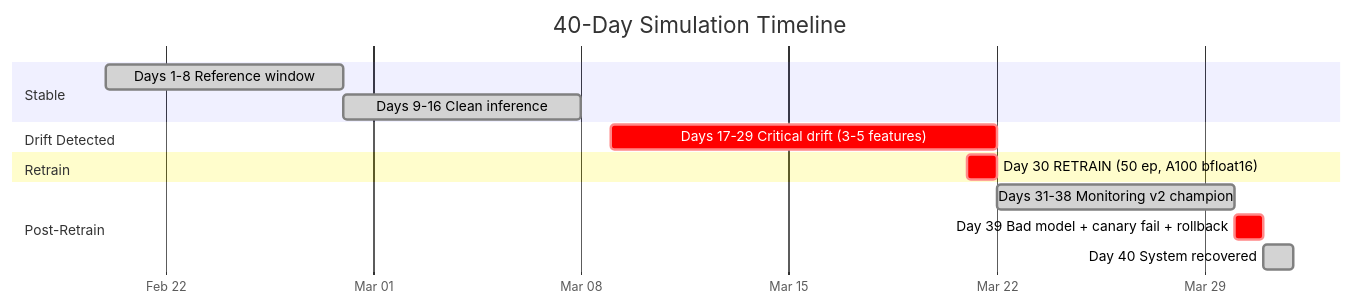
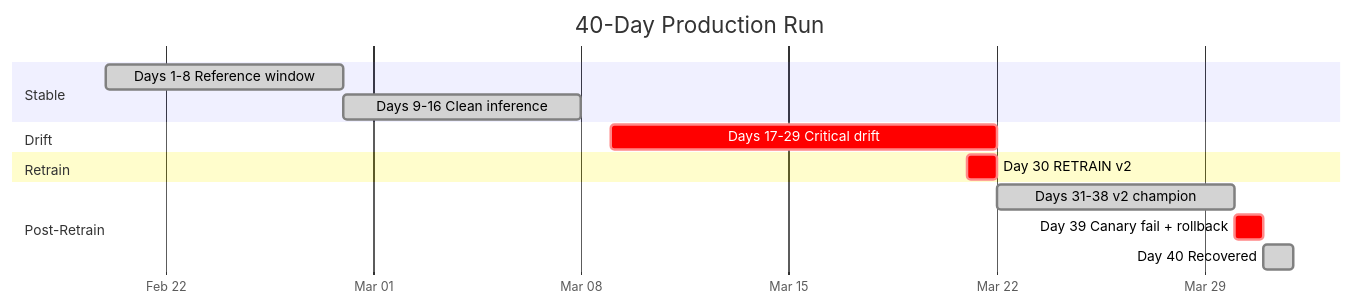
One commit to AIML-Engineering-Lab/053_dram_memory_yield_mlops changed the first of 3 diagrams in README.md. Above: the diagram before and after it, drawn with Mermaid. The commit also changed other lines of this file and 110 other files, not shown here.

````diff
--- a/README.md
+++ b/README.md
@@ -58,21 +111,21 @@
 ```mermaid
 gantt
-    title 40-Day Simulation Timeline
+    title 40-Day Production Run
     dateFormat  YYYY-MM-DD
     axisFormat  %b %d
 
     section Stable
     Days 1-8  Reference window       :done, 2026-02-20, 8d
     Days 9-16 Clean inference         :done, 2026-02-28, 8d
 
-    section Drift Detected
-    Days 17-29 Critical drift (3-5 features) :crit, 2026-03-09, 13d
+    section Drift
+    Days 17-29 Critical drift         :crit, 2026-03-09, 13d
 
     section Retrain
-    Day 30 RETRAIN (50 ep, A100 bfloat16)    :crit, 2026-03-21, 1d
+    Day 30 RETRAIN v2                 :crit, 2026-03-21, 1d
 
     section Post-Retrain
-    Days 31-38 Monitoring v2 champion  :done, 2026-03-22, 8d
-    Day 39 Bad model + canary fail + rollback :crit, 2026-03-30, 1d
-    Day 40 System recovered            :done, 2026-03-31, 1d
+    Days 31-38 v2 champion            :done, 2026-03-22, 8d
+    Day 39 Canary fail + rollback     :crit, 2026-03-30, 1d
+    Day 40 Recovered                  :done, 2026-03-31, 1d
 ```
````
